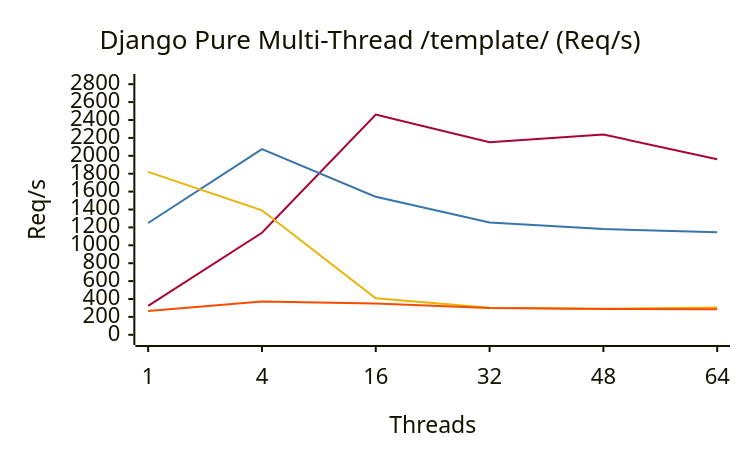
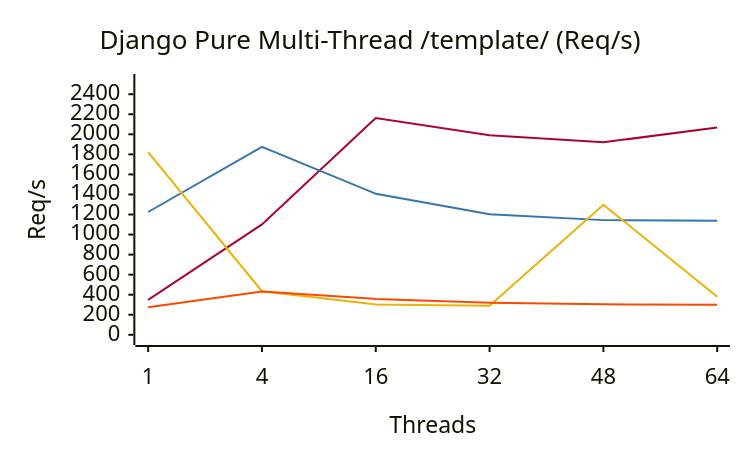
One commit to erlpython/epython changed the fourth of 14 diagrams in README.md. Above: the diagram before and after it, drawn with Mermaid. The commit also changed other lines of this file and 1 other file, not shown here.

````diff
--- a/README.md
+++ b/README.md
@@ -162,34 +162,34 @@
 ```mermaid
 ---
 config:
   xyChart:
     width: 720
     height: 440
     titleFontSize: 26
     titlePadding: 14
     xAxis:
       labelFontSize: 22
       labelPadding: 8
       titleFontSize: 23
       titlePadding: 10
     yAxis:
       labelFontSize: 22
       labelPadding: 8
       titleFontSize: 23
       titlePadding: 10
   themeVariables:
     xyChart:
       backgroundColor: "transparent"
       plotColorPalette: "#A90533, #3776AB, #EAB308, #F74C00"
   themeCSS: |
     .main { transform: translate(4px, 10px) scale(0.71); transform-origin: 0 0; }
 ---
 xychart-beta
     title "Django Pure Multi-Thread /template/ (Req/s)"
     x-axis "Threads" ["1", "4", "16", "32", "48", "64"]
-    y-axis "Req/s" 0 --> 2800
-    line [323, 1140, 2460, 2152, 2238, 1962]
-    line [1249, 2075, 1542, 1256, 1181, 1147]
-    line [1820, 1391, 408, 302, 291, 304]
-    line [266, 373, 349, 300, 289, 286]
+    y-axis "Req/s" 0 --> 2500
+    line [349, 1101, 2162, 1991, 1920, 2069]
+    line [1225, 1875, 1407, 1202, 1144, 1139]
+    line [1822, 435, 303, 291, 1298, 380]
+    line [275, 432, 358, 320, 304, 299]
 ```
````
